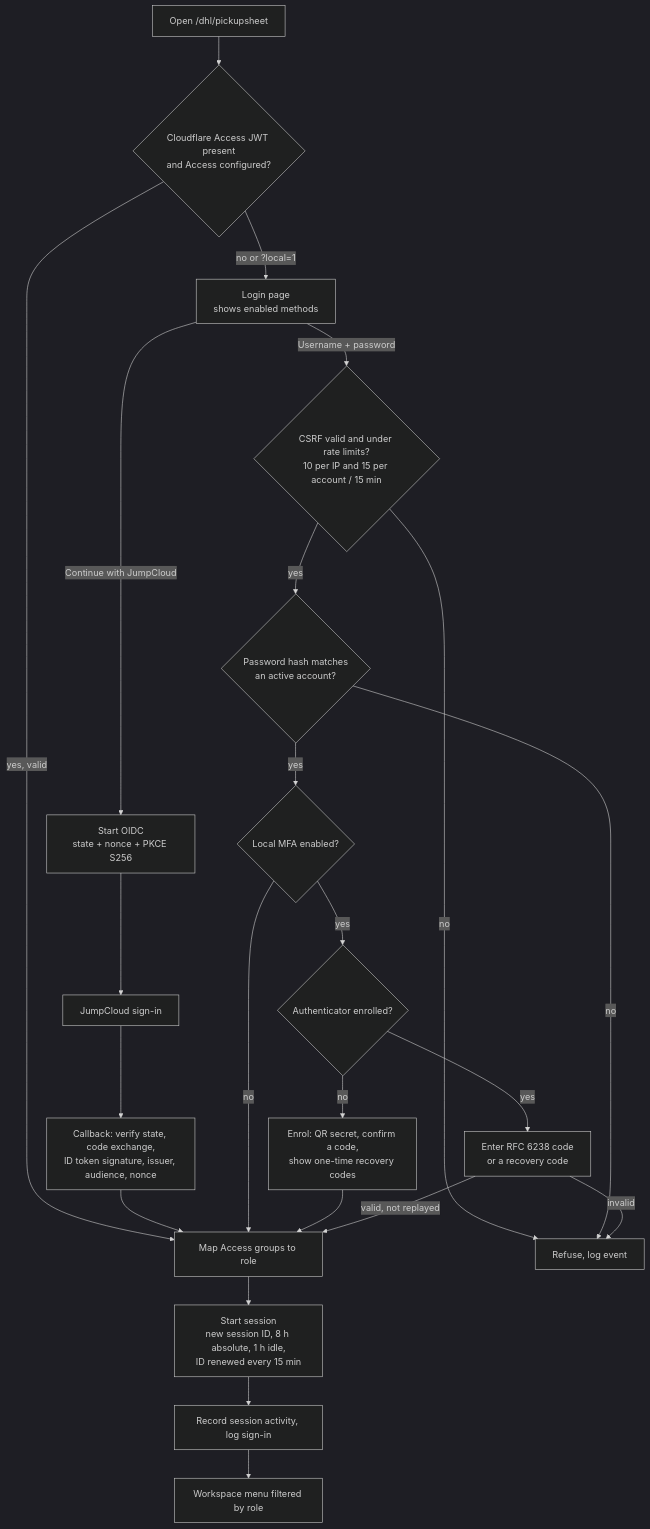
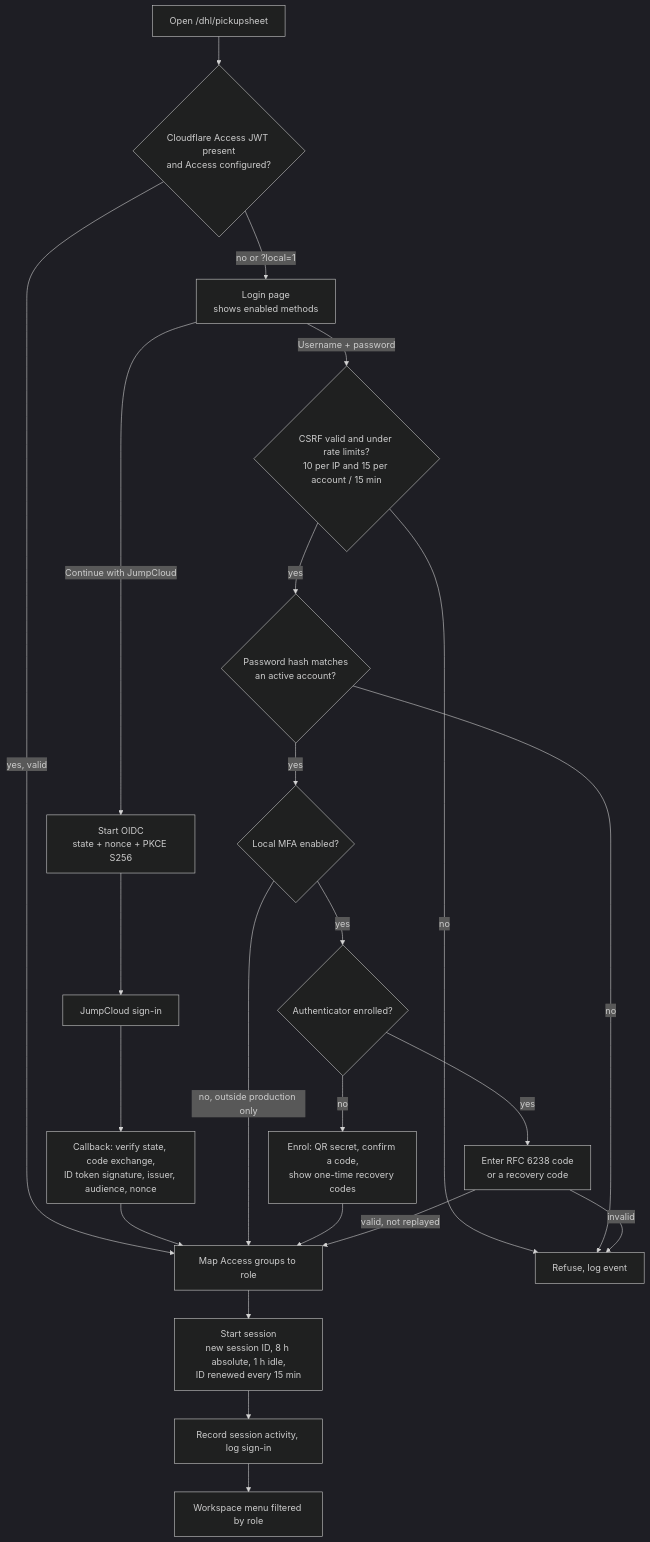
The second of 8 diagrams in docs/architecture/flows.md (redspaxz/ttechcg), drawn with Mermaid (dark theme) before and after one commit. The commit also changed other lines of this file and 10 other files, not shown here.

````diff
--- a/docs/architecture/flows.md
+++ b/docs/architecture/flows.md
@@ -42,25 +42,25 @@
 ```mermaid
 flowchart TD
     S["Open /dhl/pickupsheet"] --> CF{"Cloudflare Access JWT present<br/>and Access configured?"}
     CF -->|"yes, valid"| R["Map Access groups to role"]
     CF -->|"no or ?local=1"| L["Login page<br/>shows enabled methods"]
     L -->|"Continue with JumpCloud"| J1["Start OIDC<br/>state + nonce + PKCE S256"]
     J1 --> J2["JumpCloud sign-in"]
     J2 --> J3["Callback: verify state, code exchange,<br/>ID token signature, issuer, audience, nonce"]
     J3 --> R
     L -->|"Username + password"| P1{"CSRF valid and under rate limits?<br/>10 per IP and 15 per account / 15 min"}
     P1 -->|"no"| X["Refuse, log event"]
     P1 -->|"yes"| P2{"Password hash matches<br/>an active account?"}
     P2 -->|"no"| X
     P2 -->|"yes"| M1{"Local MFA enabled?"}
-    M1 -->|"no"| R
+    M1 -->|"no, outside production only"| R
     M1 -->|"yes"| M2{"Authenticator enrolled?"}
     M2 -->|"no"| M3["Enrol: QR secret, confirm a code,<br/>show one-time recovery codes"]
     M2 -->|"yes"| M4["Enter RFC 6238 code<br/>or a recovery code"]
     M3 --> R
     M4 -->|"valid, not replayed"| R
     M4 -->|"invalid"| X
     R --> SE["Start session<br/>new session ID, 8 h absolute, 1 h idle,<br/>ID renewed every 15 min"]
     SE --> A["Record session activity, log sign-in"]
     A --> W["Workspace menu filtered by role"]
 ```
````
